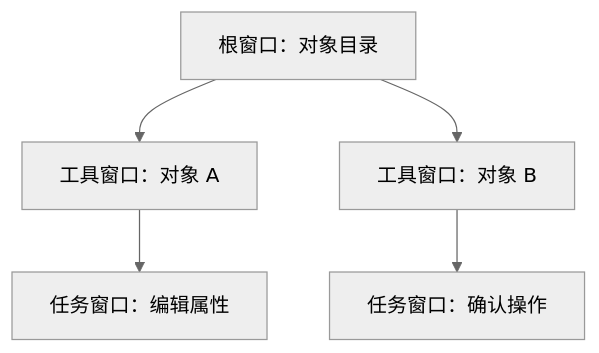
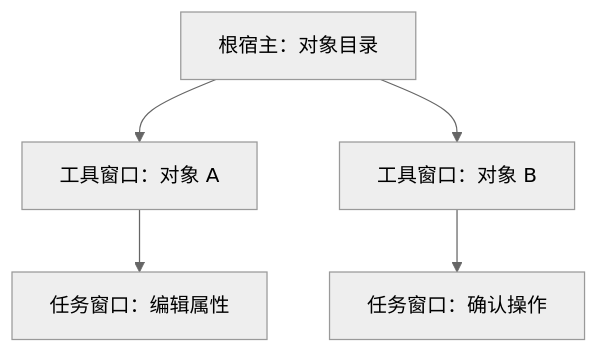
Before and after one commit to Encinet/mik: the diagram in docs/spatial-menu-windows.md, drawn with Mermaid (neutral theme). The commit also changed other lines of this file and 80 other files, not shown here.

````diff
--- a/docs/spatial-menu-windows.md
+++ b/docs/spatial-menu-windows.md
@@ -9,7 +11,7 @@
 ```mermaid
 flowchart TD
-    R[根窗口：对象目录] --> A[工具窗口：对象 A]
+    R[根宿主：对象目录] --> A[工具窗口：对象 A]
     R --> B[工具窗口：对象 B]
     A --> F[任务窗口：编辑属性]
     B --> C[任务窗口：确认操作]
 ```
````
